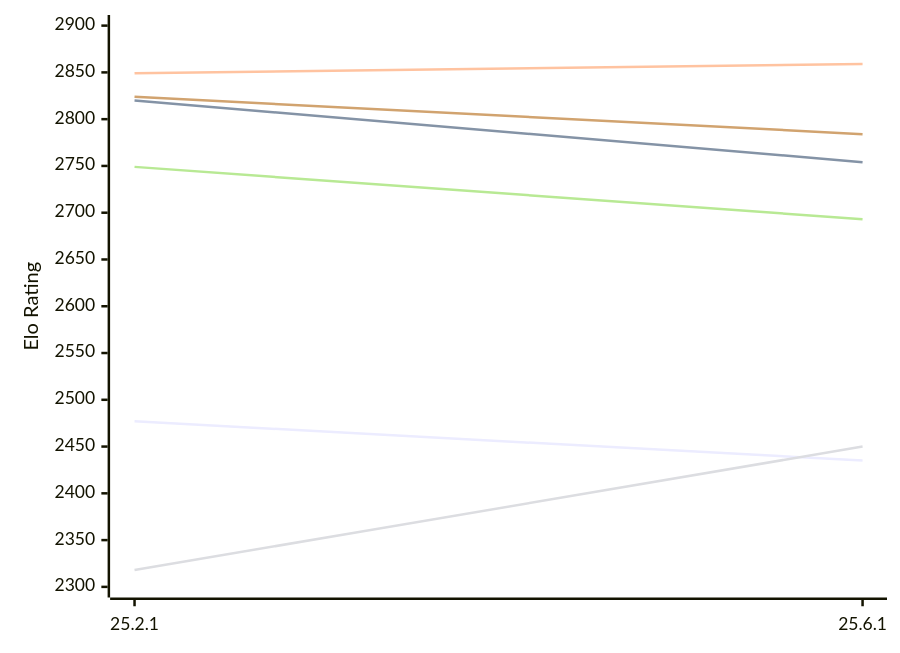
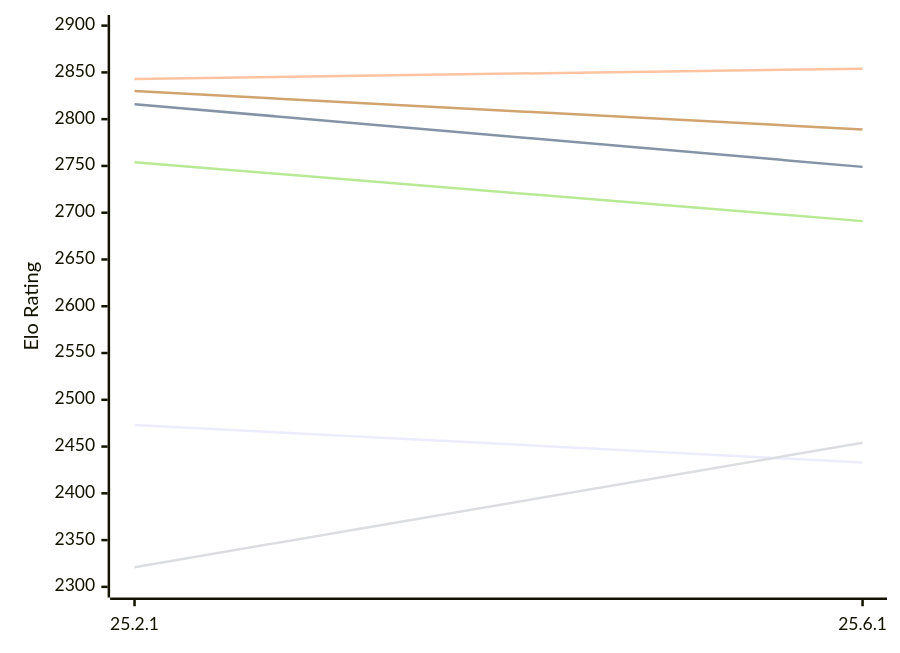
The first of 2 diagrams in engines/Crafty.md (computer-chess-index/cci), drawn with Mermaid before and after one commit. The commit also changed other lines of this file, not shown here.

Commit message:
Update CCI Ratings (ELO VLTC) - 2026-11-21

````diff
--- a/engines/Crafty.md
+++ b/engines/Crafty.md
@@ -50,12 +50,12 @@
 ```mermaid
 %%{init: {"theme":"base","themeVariables":{"seriesColors:['#a3a3a3','#222221','#faa371']}}}%%
 xychart-beta
   x-axis ["25.2.1", "25.6.1"]
   y-axis "Elo Rating" 2300 --> 2900
-  line "E1: STC (8.0+0.08s)" [2477, 2435]
-  line "E1: LTC (60.0+0.60s)" [2820, 2754]
-  line "E1: VLTC (2m24s+1.12s)" [2849, 2859]
-  line "P1: STC (8.0+0.08s)" [2318, 2450]
-  line "P1: LTC (60.0+0.60s)" [2749, 2693]
-  line "P1: VLTC (2m24s+1.12s)" [2824, 2784]
+  line "E1: STC (8.0+0.08s)" [2473, 2433]
+  line "E1: LTC (60.0+0.60s)" [2816, 2749]
+  line "E1: VLTC (2m24s+1.12s)" [2843, 2854]
+  line "P1: STC (8.0+0.08s)" [2321, 2454]
+  line "P1: LTC (60.0+0.60s)" [2754, 2691]
+  line "P1: VLTC (2m24s+1.12s)" [2830, 2789]
 ```
````
